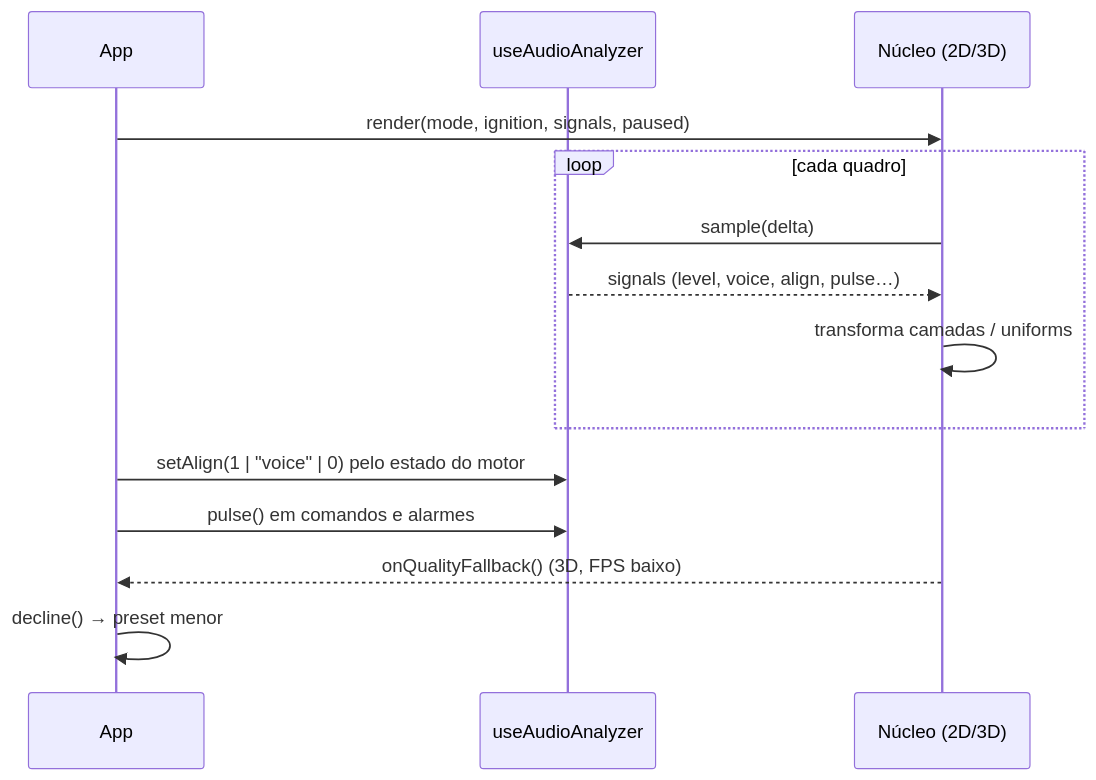
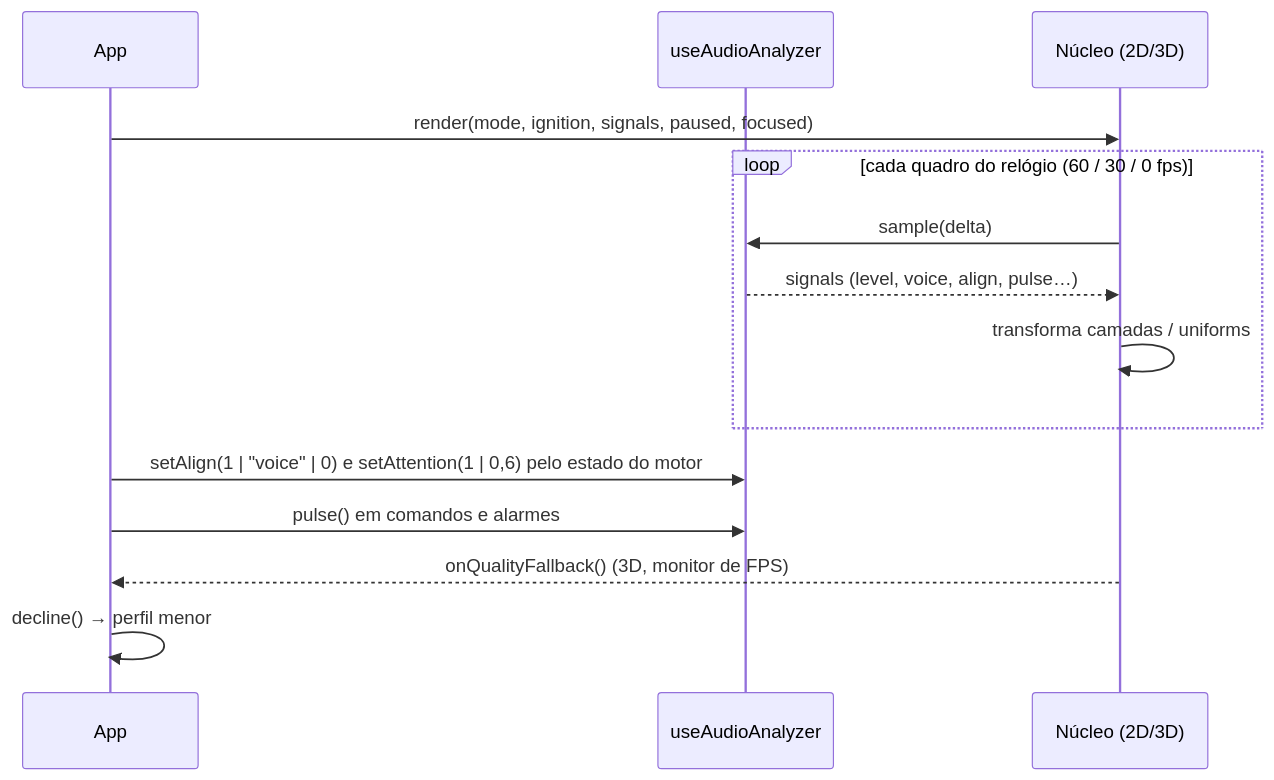
One commit to felipeAguiarCode/jvOS changed the diagram in .specs/features/holographic-core/spec.md. Above: the diagram before and after it, drawn with Mermaid. The commit also changed other lines of this file and 90 other files, not shown here.

````diff
--- a/.specs/features/holographic-core/spec.md
+++ b/.specs/features/holographic-core/spec.md
@@ -377,16 +542,16 @@
 ```mermaid
 sequenceDiagram
   participant A as App
   participant M as useAudioAnalyzer
   participant C as Núcleo (2D/3D)
-  A->>C: render(mode, ignition, signals, paused)
-  loop cada quadro
+  A->>C: render(mode, ignition, signals, paused, focused)
+  loop cada quadro do relógio (60 / 30 / 0 fps)
     C->>M: sample(delta)
     M-->>C: signals (level, voice, align, pulse…)
     C->>C: transforma camadas / uniforms
   end
-  A->>M: setAlign(1 | "voice" | 0) pelo estado do motor
+  A->>M: setAlign(1 | "voice" | 0) e setAttention(1 | 0,6) pelo estado do motor
   A->>M: pulse() em comandos e alarmes
-  C-->>A: onQualityFallback() (3D, FPS baixo)
-  A->>A: decline() → preset menor
+  C-->>A: onQualityFallback() (3D, monitor de FPS)
+  A->>A: decline() → perfil menor
 ```
````
